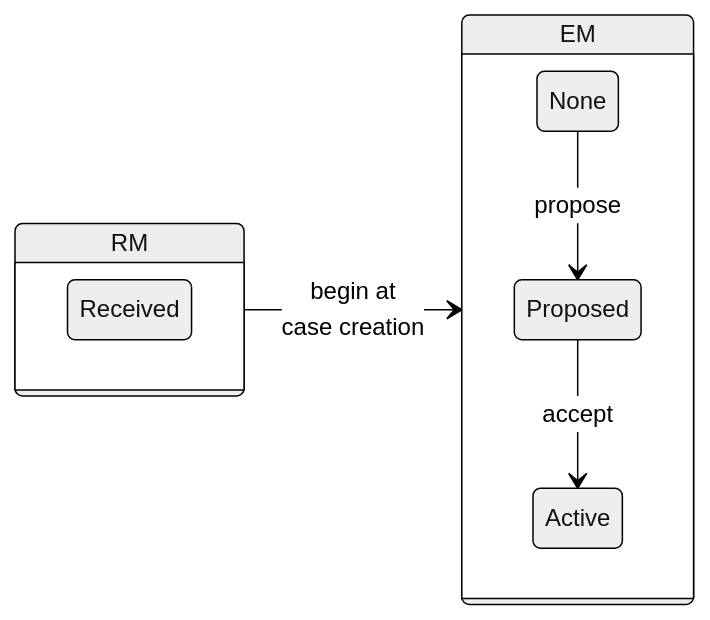
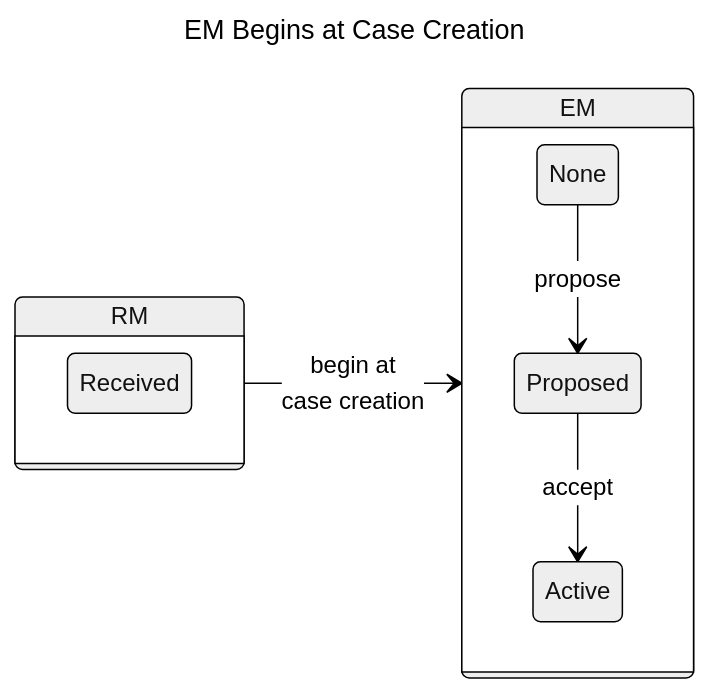
The first of 11 diagrams in docs/topics/process_models/model_interactions/rm_em.md (CERTCC/Vultron), drawn with Mermaid (neutral theme) before and after one commit. The commit also changed other lines of this file and 44 other files, not shown here.

````diff
--- a/docs/topics/process_models/model_interactions/rm_em.md
+++ b/docs/topics/process_models/model_interactions/rm_em.md
@@ -64,12 +54,15 @@
 ```mermaid
+---
+title: EM Begins at Case Creation
+---
 stateDiagram-v2
     direction LR
     state RM {
         Received
     }
     state EM {
         None --> Proposed : propose
         Proposed --> Active : accept
     }
     RM --> EM : begin at<br/>case creation
 ```
````
